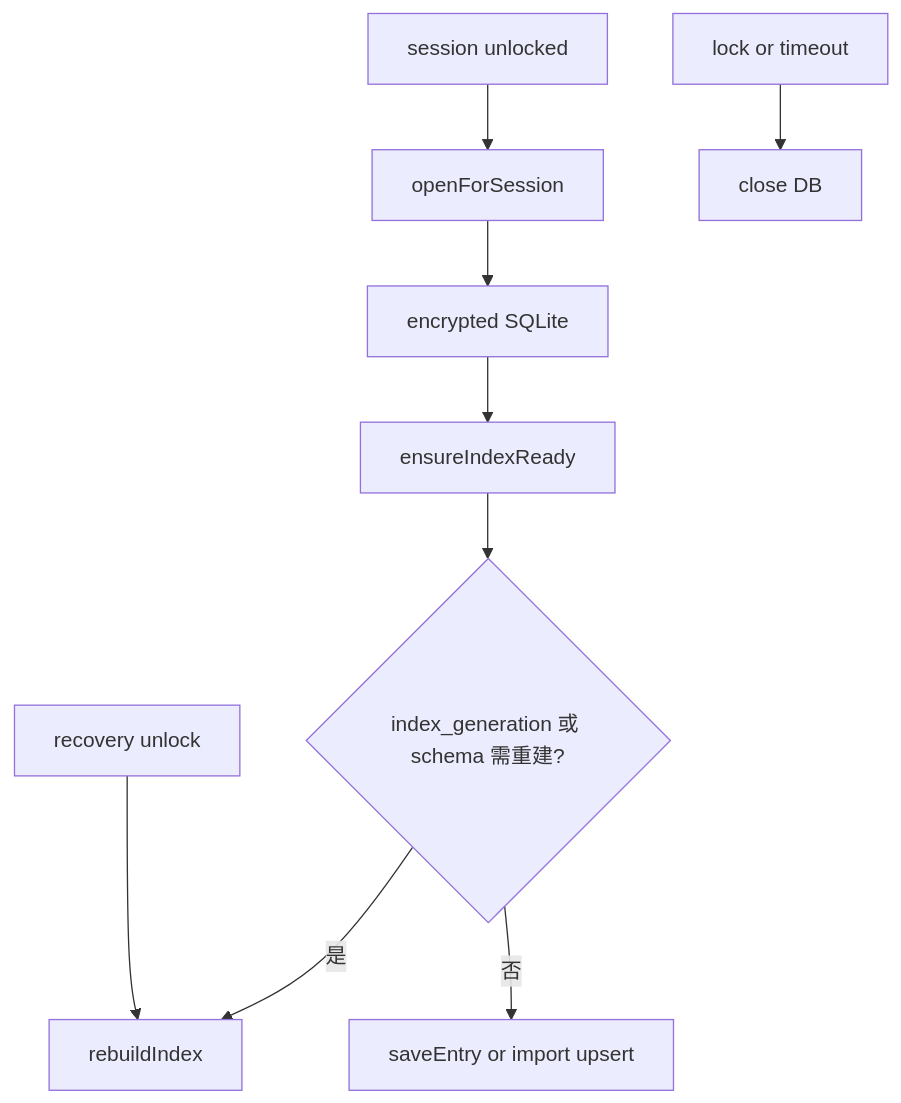
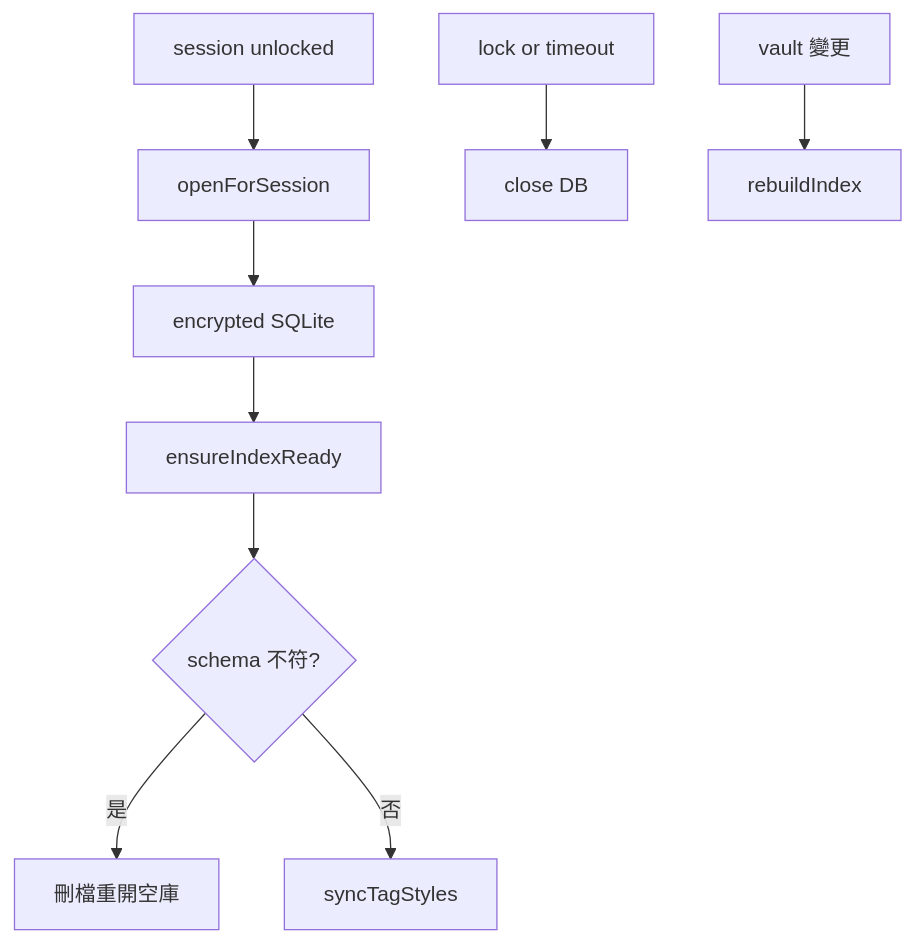
Before and after one commit to zack20136/quill-diary: the diagram in docs/介紹/索引資料庫.md, drawn with Mermaid. The commit also changed other lines of this file and 6 other files, not shown here.

````diff
--- a/docs/介紹/索引資料庫.md
+++ b/docs/介紹/索引資料庫.md
@@ -29,11 +29,11 @@
 ```mermaid
 flowchart TD
     unlock[session unlocked] --> open[openForSession]
     open --> use[encrypted SQLite]
     use --> ensure[ensureIndexReady]
-    ensure --> schema{index_generation 或 schema 需重建?}
-    schema -->|是| rebuild[rebuildIndex]
-    schema -->|否| sync[saveEntry or import upsert]
+    ensure --> schema{schema 不符?}
+    schema -->|是| reset[刪檔重開空庫]
+    schema -->|否| sync[syncTagStyles]
     lock[lock or timeout] --> close[close DB]
-    recovery[recovery unlock] --> rebuild
+    vaultChange[vault 變更] --> rebuild[rebuildIndex]
 ```
````
